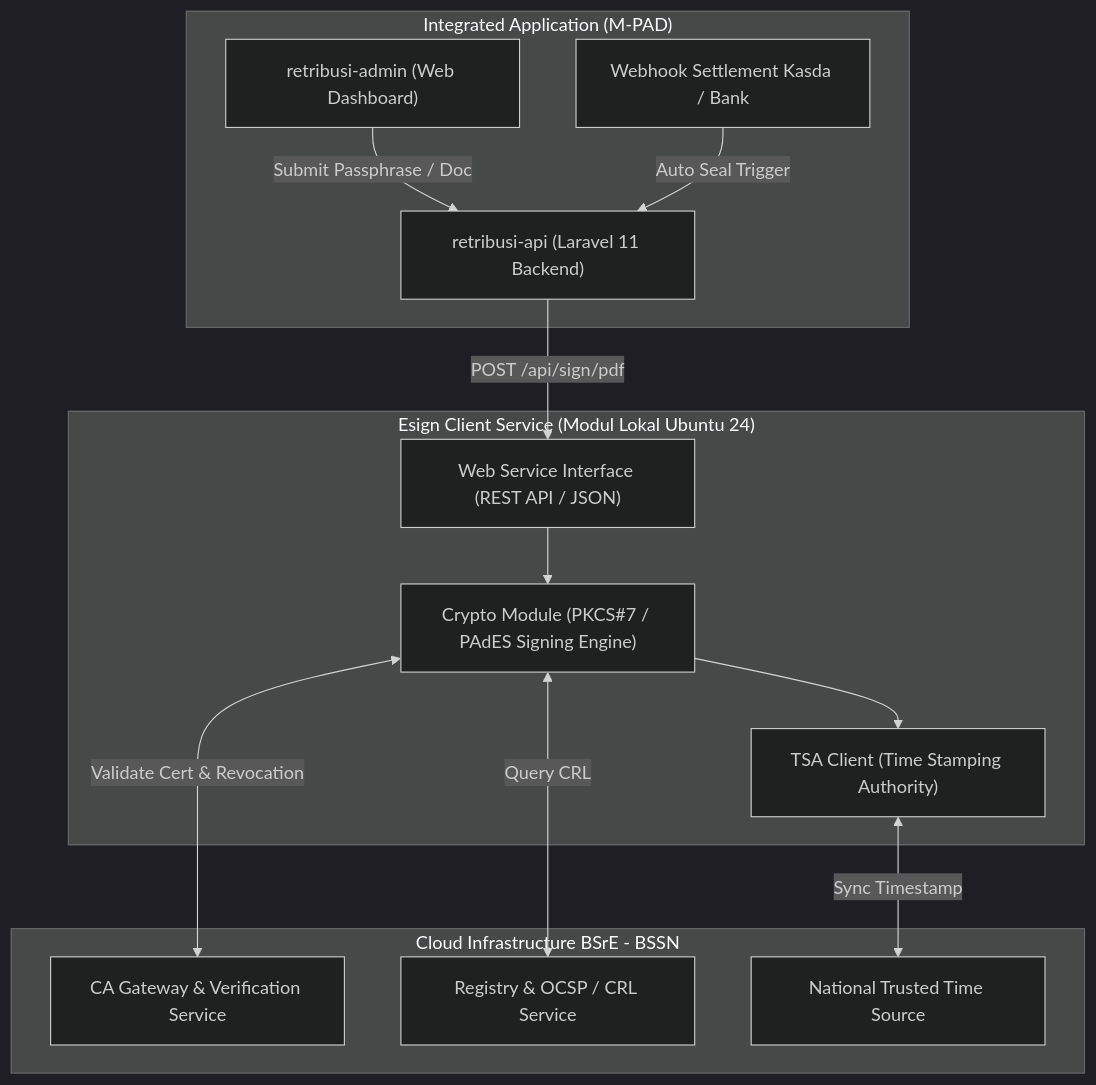
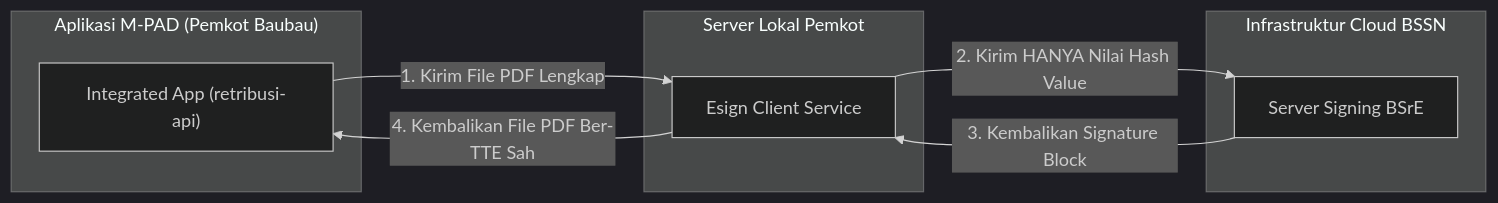
Before and after one commit to arif-rizal1122/retribusi-api: the diagram in docs/10_payment_gateway_h2h/BSRE/04_ARSITEKTUR_DAN_FITUR_MODUL_ESIGN_CLIENT.md, drawn with Mermaid (dark theme). The commit also changed other lines of this file and 26 other files, not shown here.

Commit message:
docs(bsre): selaraskan 11 standar kesiapan integrasi BSrE BSSN dan rapihkan slide gambar

````diff
--- a/docs/10_payment_gateway_h2h/BSRE/04_ARSITEKTUR_DAN_FITUR_MODUL_ESIGN_CLIENT.md
+++ b/docs/10_payment_gateway_h2h/BSRE/04_ARSITEKTUR_DAN_FITUR_MODUL_ESIGN_CLIENT.md
@@ -11,29 +15,19 @@
 ```mermaid
-flowchart TD
-    subgraph APP_LAYER ["Integrated Application (M-PAD)"]
-        MPAD_API["retribusi-api (Laravel 11 Backend)"]
-        MPAD_ADMIN["retribusi-admin (Web Dashboard)"]
-        SETTLEMENT["Webhook Settlement Kasda / Bank"]
+flowchart LR
+    subgraph MPAD ["Aplikasi M-PAD (Pemkot Baubau)"]
+        APP["Integrated App (retribusi-api)"]
     end
 
-    subgraph ESIGN_CLIENT ["Esign Client Service (Modul Lokal Ubuntu 24)"]
-        WS_INTERFACE["Web Service Interface (REST API / JSON)"]
-        CRYPTO_MOD["Crypto Module (PKCS#7 / PAdES Signing Engine)"]
-        TSA_CLIENT["TSA Client (Time Stamping Authority)"]
+    subgraph CLIENT_MOD ["Server Lokal Pemkot"]
+        ESIGN["Esign Client Service"]
     end
 
-    subgraph BSSN_CLOUD ["Cloud Infrastructure BSrE - BSSN"]
-        CA_GATEWAY["CA Gateway & Verification Service"]
-        REGISTRY["Registry & OCSP / CRL Service"]
-        TIME_SERVER["National Trusted Time Source"]
+    subgraph BSSN ["Infrastruktur Cloud BSSN"]
+        SIGNING_SRV["Server Signing BSrE"]
     end
 
-    MPAD_ADMIN -->|Submit Passphrase / Doc| MPAD_API
-    SETTLEMENT -->|Auto Seal Trigger| MPAD_API
-    MPAD_API -->|POST /api/sign/pdf| WS_INTERFACE
-    WS_INTERFACE --> CRYPTO_MOD
-    CRYPTO_MOD --> TSA_CLIENT
-    TSA_CLIENT <-->|Sync Timestamp| TIME_SERVER
-    CRYPTO_MOD <-->|Validate Cert & Revocation| CA_GATEWAY
-    CRYPTO_MOD <-->|Query CRL| REGISTRY
+    APP -->|1. Kirim File PDF Lengkap| ESIGN
+    ESIGN -->|2. Kirim HANYA Nilai Hash Value| SIGNING_SRV
+    SIGNING_SRV -->|3. Kembalikan Signature Block| ESIGN
+    ESIGN -->|4. Kembalikan File PDF Ber-TTE Sah| APP
 ```
````
